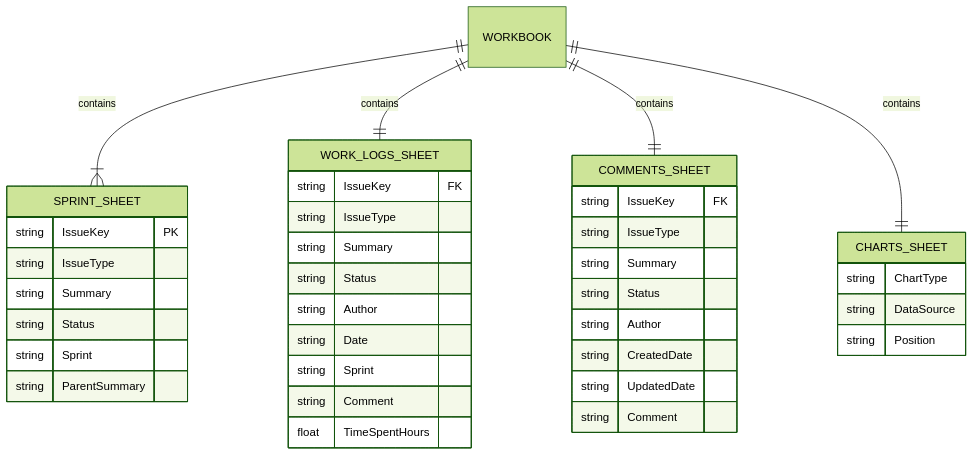
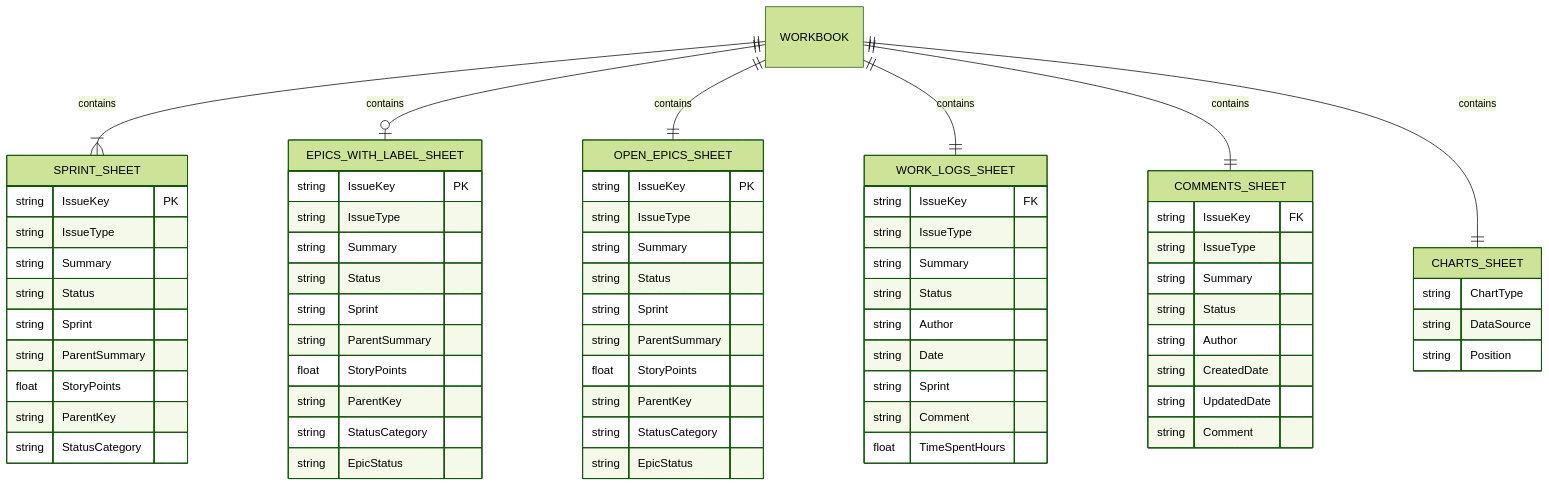
One commit to felipe-stanham/Jira-API-Extractor changed the first of 6 diagrams in docs/database.md. Above: the diagram before and after it, drawn with Mermaid (forest theme). The commit also changed other lines of this file, not shown here.

````diff
--- a/docs/database.md
+++ b/docs/database.md
@@ -9,45 +9,76 @@
 ```mermaid
 erDiagram
     WORKBOOK ||--|{ SPRINT_SHEET : contains
+    WORKBOOK ||--o| EPICS_WITH_LABEL_SHEET : contains
+    WORKBOOK ||--|| OPEN_EPICS_SHEET : contains
     WORKBOOK ||--|| WORK_LOGS_SHEET : contains
     WORKBOOK ||--|| COMMENTS_SHEET : contains
     WORKBOOK ||--|| CHARTS_SHEET : contains
     
     SPRINT_SHEET {
         string IssueKey PK
         string IssueType
         string Summary
         string Status
         string Sprint
         string ParentSummary
+        float StoryPoints
+        string ParentKey
+        string StatusCategory
+    }
+    
+    EPICS_WITH_LABEL_SHEET {
+        string IssueKey PK
+        string IssueType
+        string Summary
+        string Status
+        string Sprint
+        string ParentSummary
+        float StoryPoints
+        string ParentKey
+        string StatusCategory
+        string EpicStatus
+    }
+    
+    OPEN_EPICS_SHEET {
+        string IssueKey PK
+        string IssueType
+        string Summary
+        string Status
+        string Sprint
+        string ParentSummary
+        float StoryPoints
+        string ParentKey
+        string StatusCategory
+        string EpicStatus
     }
     
     WORK_LOGS_SHEET {
         string IssueKey FK
         string IssueType
         string Summary
         string Status
         string Author
         string Date
         string Sprint
         string Comment
         float TimeSpentHours
     }
     
     COMMENTS_SHEET {
         string IssueKey FK
         string IssueType
         string Summary
         string Status
         string Author
         string CreatedDate
         string UpdatedDate
         string Comment
     }
     
     CHARTS_SHEET {
         string ChartType
         string DataSource
         string Position
     }
 ```
````
